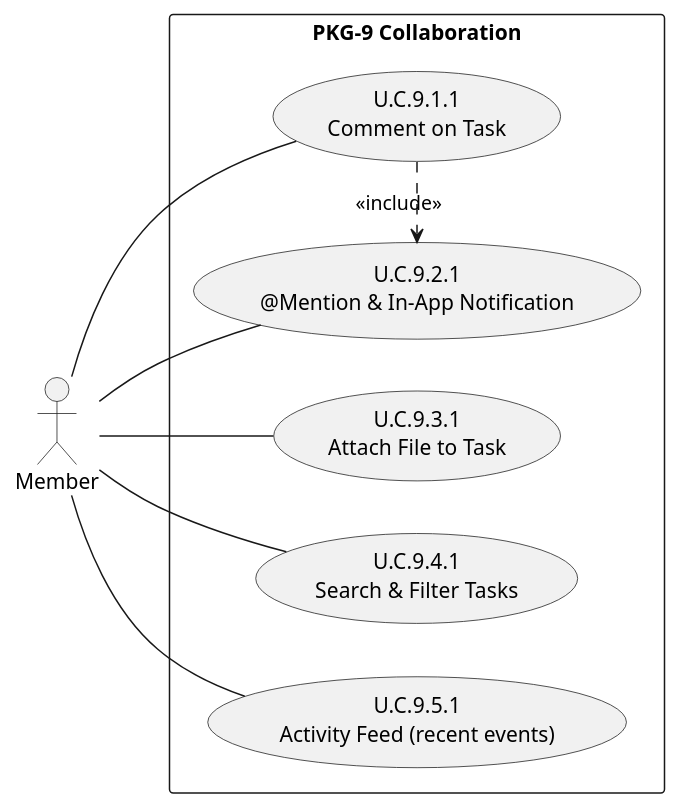
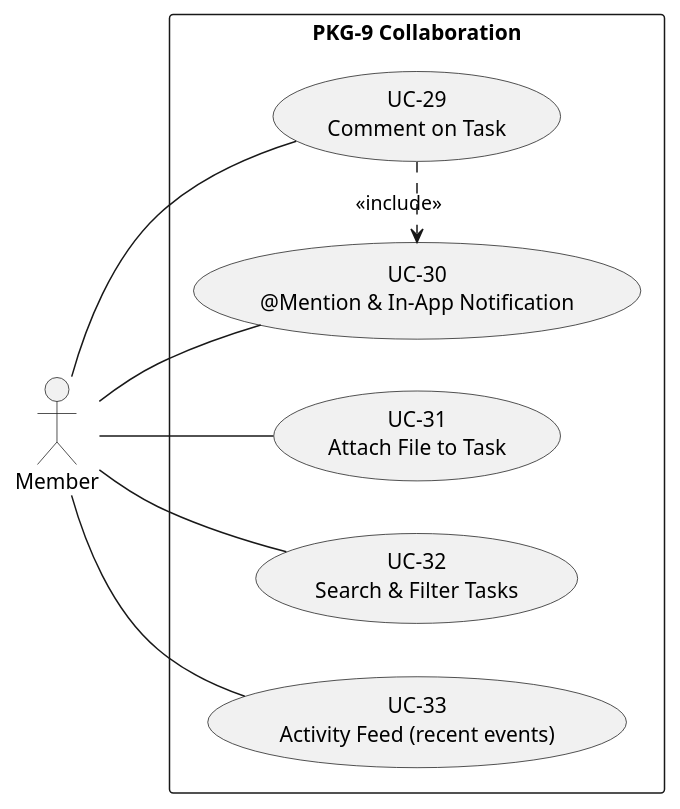
The fourth of 11 diagrams in 02_CASES/Case_01_TinyTask_SaaS/03_PHASE3_DECOMPOSITION_RICH/annexes/A_Use_Case_Diagrams.md (pauloribeiro16/Methodology_compact), drawn with PlantUML before and after one commit. The commit also changed other lines of this file and 34 other files, not shown here.

Commit message:
[EXECUTOR] F2 RENUMBER Case_01: U.C.x.y.z flattened → UC-01..40 (compliance 01..17 + product 18..40), two-phase, 20 files, xlsx+builder regenerated, 11 SVGs re-rendered; gates PASS (verify_rich 0, audit 100%, mermaid 192/192, smoke 16/16)

````diff
--- a/02_CASES/Case_01_TinyTask_SaaS/03_PHASE3_DECOMPOSITION_RICH/annexes/A_Use_Case_Diagrams.md
+++ b/02_CASES/Case_01_TinyTask_SaaS/03_PHASE3_DECOMPOSITION_RICH/annexes/A_Use_Case_Diagrams.md
@@ -169,19 +171,19 @@
 ```plantuml
 @startuml
 left to right direction
 actor "Member" as MEM
 rectangle "PKG-9 Collaboration" {
-usecase "U.C.9.1.1\nComment on Task" as UC911
-usecase "U.C.9.2.1\n@Mention & In-App Notification" as UC921
-usecase "U.C.9.3.1\nAttach File to Task" as UC931
-usecase "U.C.9.4.1\nSearch & Filter Tasks" as UC941
-usecase "U.C.9.5.1\nActivity Feed (recent events)" as UC951
+usecase "UC-29\nComment on Task" as UC911
+usecase "UC-30\n@Mention & In-App Notification" as UC921
+usecase "UC-31\nAttach File to Task" as UC931
+usecase "UC-32\nSearch & Filter Tasks" as UC941
+usecase "UC-33\nActivity Feed (recent events)" as UC951
 }
 MEM -- UC911
 MEM -- UC921
 MEM -- UC931
 MEM -- UC941
 MEM -- UC951
 UC911 .> UC921 : <<include>>
 @enduml
 ```
````
